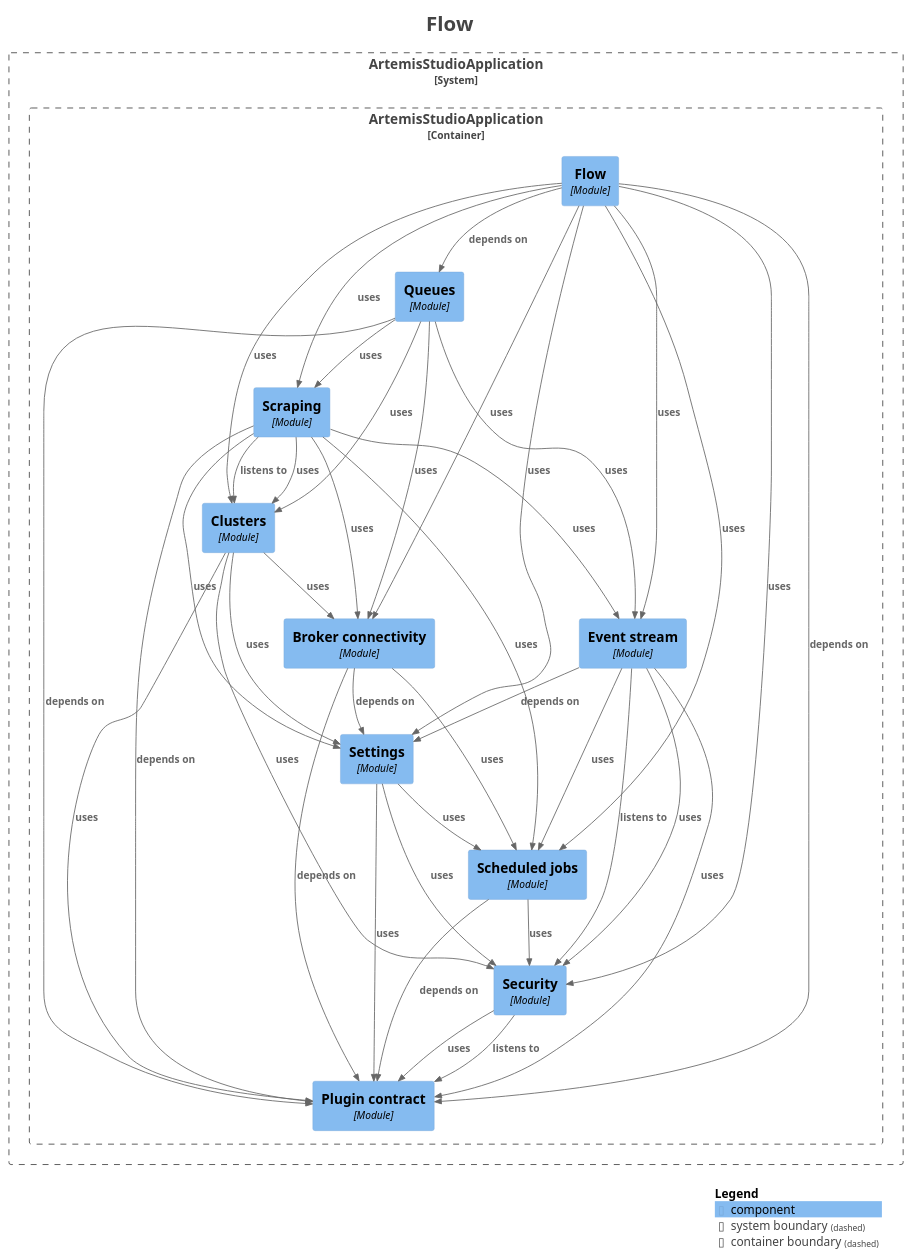
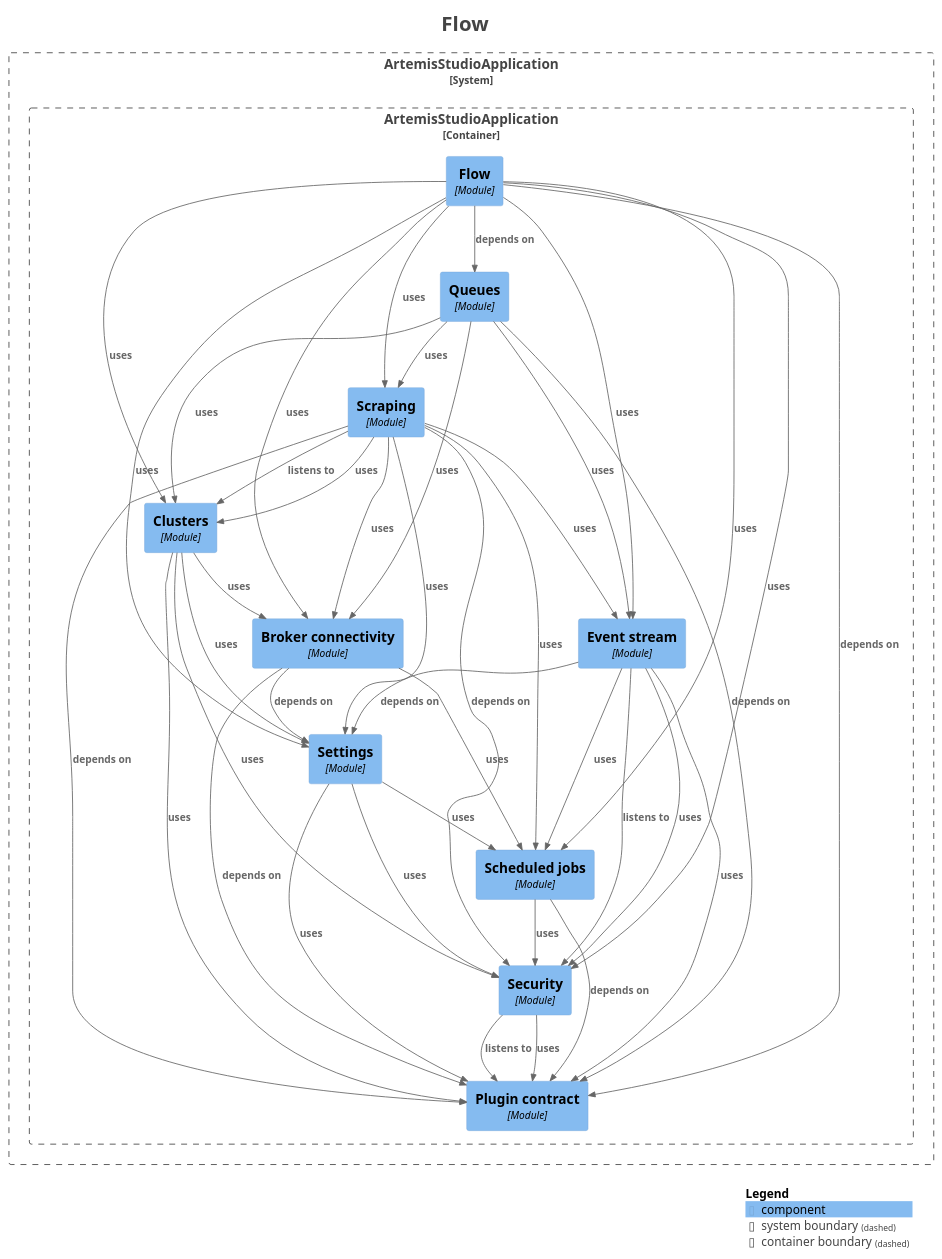
One commit to sudoitir/artemis-studio changed the diagram in docs/modules/module-feature.flow.puml. Above: the diagram before and after it, drawn with PlantUML. The commit also changed 43 other files, not shown here.

```diff
--- a/docs/modules/module-feature.flow.puml
+++ b/docs/modules/module-feature.flow.puml
@@ -1,77 +1,78 @@
 @startuml
 title <size:24>Flow</size>
 
 set separator none
 top to bottom direction
 
 <style>
   root {
     BackgroundColor: #ffffff
     FontColor: #444444
   }
 </style>
 
 !include <C4/C4>
 !include <C4/C4_Context>
 !include <C4/C4_Component>
 
 System_Boundary("ArtemisStudioApplication_boundary", "ArtemisStudioApplication", $tags="") {
   Container_Boundary("ArtemisStudioApplication.ArtemisStudioApplication_boundary", "ArtemisStudioApplication", $tags="") {
     Component(ArtemisStudioApplication.ArtemisStudioApplication.Settings, "Settings", $techn="Module", $descr="", $tags="", $link="")
     Component(ArtemisStudioApplication.ArtemisStudioApplication.Eventstream, "Event stream", $techn="Module", $descr="", $tags="", $link="")
     Component(ArtemisStudioApplication.ArtemisStudioApplication.Brokerconnectivity, "Broker connectivity", $techn="Module", $descr="", $tags="", $link="")
     Component(ArtemisStudioApplication.ArtemisStudioApplication.Clusters, "Clusters", $techn="Module", $descr="", $tags="", $link="")
     Component(ArtemisStudioApplication.ArtemisStudioApplication.Scraping, "Scraping", $techn="Module", $descr="", $tags="", $link="")
     Component(ArtemisStudioApplication.ArtemisStudioApplication.Queues, "Queues", $techn="Module", $descr="", $tags="", $link="")
     Component(ArtemisStudioApplication.ArtemisStudioApplication.Flow, "Flow", $techn="Module", $descr="", $tags="", $link="")
     Component(ArtemisStudioApplication.ArtemisStudioApplication.Plugincontract, "Plugin contract", $techn="Module", $descr="", $tags="", $link="")
     Component(ArtemisStudioApplication.ArtemisStudioApplication.Security, "Security", $techn="Module", $descr="", $tags="", $link="")
     Component(ArtemisStudioApplication.ArtemisStudioApplication.Scheduledjobs, "Scheduled jobs", $techn="Module", $descr="", $tags="", $link="")
   }
 
 }
 
 Rel(ArtemisStudioApplication.ArtemisStudioApplication.Brokerconnectivity, ArtemisStudioApplication.ArtemisStudioApplication.Plugincontract, "depends on", $techn="", $tags="", $link="")
 Rel(ArtemisStudioApplication.ArtemisStudioApplication.Brokerconnectivity, ArtemisStudioApplication.ArtemisStudioApplication.Scheduledjobs, "uses", $techn="", $tags="", $link="")
 Rel(ArtemisStudioApplication.ArtemisStudioApplication.Brokerconnectivity, ArtemisStudioApplication.ArtemisStudioApplication.Settings, "depends on", $techn="", $tags="", $link="")
 Rel(ArtemisStudioApplication.ArtemisStudioApplication.Clusters, ArtemisStudioApplication.ArtemisStudioApplication.Brokerconnectivity, "uses", $techn="", $tags="", $link="")
 Rel(ArtemisStudioApplication.ArtemisStudioApplication.Clusters, ArtemisStudioApplication.ArtemisStudioApplication.Plugincontract, "uses", $techn="", $tags="", $link="")
 Rel(ArtemisStudioApplication.ArtemisStudioApplication.Clusters, ArtemisStudioApplication.ArtemisStudioApplication.Security, "uses", $techn="", $tags="", $link="")
 Rel(ArtemisStudioApplication.ArtemisStudioApplication.Clusters, ArtemisStudioApplication.ArtemisStudioApplication.Settings, "uses", $techn="", $tags="", $link="")
 Rel(ArtemisStudioApplication.ArtemisStudioApplication.Eventstream, ArtemisStudioApplication.ArtemisStudioApplication.Plugincontract, "uses", $techn="", $tags="", $link="")
 Rel(ArtemisStudioApplication.ArtemisStudioApplication.Eventstream, ArtemisStudioApplication.ArtemisStudioApplication.Scheduledjobs, "uses", $techn="", $tags="", $link="")
 Rel(ArtemisStudioApplication.ArtemisStudioApplication.Eventstream, ArtemisStudioApplication.ArtemisStudioApplication.Security, "listens to", $techn="", $tags="", $link="")
 Rel(ArtemisStudioApplication.ArtemisStudioApplication.Eventstream, ArtemisStudioApplication.ArtemisStudioApplication.Security, "uses", $techn="", $tags="", $link="")
 Rel(ArtemisStudioApplication.ArtemisStudioApplication.Eventstream, ArtemisStudioApplication.ArtemisStudioApplication.Settings, "depends on", $techn="", $tags="", $link="")
 Rel(ArtemisStudioApplication.ArtemisStudioApplication.Flow, ArtemisStudioApplication.ArtemisStudioApplication.Brokerconnectivity, "uses", $techn="", $tags="", $link="")
 Rel(ArtemisStudioApplication.ArtemisStudioApplication.Flow, ArtemisStudioApplication.ArtemisStudioApplication.Clusters, "uses", $techn="", $tags="", $link="")
 Rel(ArtemisStudioApplication.ArtemisStudioApplication.Flow, ArtemisStudioApplication.ArtemisStudioApplication.Eventstream, "uses", $techn="", $tags="", $link="")
 Rel(ArtemisStudioApplication.ArtemisStudioApplication.Flow, ArtemisStudioApplication.ArtemisStudioApplication.Plugincontract, "depends on", $techn="", $tags="", $link="")
 Rel(ArtemisStudioApplication.ArtemisStudioApplication.Flow, ArtemisStudioApplication.ArtemisStudioApplication.Queues, "depends on", $techn="", $tags="", $link="")
 Rel(ArtemisStudioApplication.ArtemisStudioApplication.Flow, ArtemisStudioApplication.ArtemisStudioApplication.Scheduledjobs, "uses", $techn="", $tags="", $link="")
 Rel(ArtemisStudioApplication.ArtemisStudioApplication.Flow, ArtemisStudioApplication.ArtemisStudioApplication.Scraping, "uses", $techn="", $tags="", $link="")
 Rel(ArtemisStudioApplication.ArtemisStudioApplication.Flow, ArtemisStudioApplication.ArtemisStudioApplication.Security, "uses", $techn="", $tags="", $link="")
 Rel(ArtemisStudioApplication.ArtemisStudioApplication.Flow, ArtemisStudioApplication.ArtemisStudioApplication.Settings, "uses", $techn="", $tags="", $link="")
 Rel(ArtemisStudioApplication.ArtemisStudioApplication.Queues, ArtemisStudioApplication.ArtemisStudioApplication.Brokerconnectivity, "uses", $techn="", $tags="", $link="")
 Rel(ArtemisStudioApplication.ArtemisStudioApplication.Queues, ArtemisStudioApplication.ArtemisStudioApplication.Clusters, "uses", $techn="", $tags="", $link="")
 Rel(ArtemisStudioApplication.ArtemisStudioApplication.Queues, ArtemisStudioApplication.ArtemisStudioApplication.Eventstream, "uses", $techn="", $tags="", $link="")
 Rel(ArtemisStudioApplication.ArtemisStudioApplication.Queues, ArtemisStudioApplication.ArtemisStudioApplication.Plugincontract, "depends on", $techn="", $tags="", $link="")
 Rel(ArtemisStudioApplication.ArtemisStudioApplication.Queues, ArtemisStudioApplication.ArtemisStudioApplication.Scraping, "uses", $techn="", $tags="", $link="")
 Rel(ArtemisStudioApplication.ArtemisStudioApplication.Scheduledjobs, ArtemisStudioApplication.ArtemisStudioApplication.Plugincontract, "depends on", $techn="", $tags="", $link="")
 Rel(ArtemisStudioApplication.ArtemisStudioApplication.Scheduledjobs, ArtemisStudioApplication.ArtemisStudioApplication.Security, "uses", $techn="", $tags="", $link="")
 Rel(ArtemisStudioApplication.ArtemisStudioApplication.Scraping, ArtemisStudioApplication.ArtemisStudioApplication.Brokerconnectivity, "uses", $techn="", $tags="", $link="")
 Rel(ArtemisStudioApplication.ArtemisStudioApplication.Scraping, ArtemisStudioApplication.ArtemisStudioApplication.Clusters, "listens to", $techn="", $tags="", $link="")
 Rel(ArtemisStudioApplication.ArtemisStudioApplication.Scraping, ArtemisStudioApplication.ArtemisStudioApplication.Clusters, "uses", $techn="", $tags="", $link="")
 Rel(ArtemisStudioApplication.ArtemisStudioApplication.Scraping, ArtemisStudioApplication.ArtemisStudioApplication.Eventstream, "uses", $techn="", $tags="", $link="")
 Rel(ArtemisStudioApplication.ArtemisStudioApplication.Scraping, ArtemisStudioApplication.ArtemisStudioApplication.Plugincontract, "depends on", $techn="", $tags="", $link="")
 Rel(ArtemisStudioApplication.ArtemisStudioApplication.Scraping, ArtemisStudioApplication.ArtemisStudioApplication.Scheduledjobs, "uses", $techn="", $tags="", $link="")
+Rel(ArtemisStudioApplication.ArtemisStudioApplication.Scraping, ArtemisStudioApplication.ArtemisStudioApplication.Security, "depends on", $techn="", $tags="", $link="")
 Rel(ArtemisStudioApplication.ArtemisStudioApplication.Scraping, ArtemisStudioApplication.ArtemisStudioApplication.Settings, "uses", $techn="", $tags="", $link="")
 Rel(ArtemisStudioApplication.ArtemisStudioApplication.Security, ArtemisStudioApplication.ArtemisStudioApplication.Plugincontract, "listens to", $techn="", $tags="", $link="")
 Rel(ArtemisStudioApplication.ArtemisStudioApplication.Security, ArtemisStudioApplication.ArtemisStudioApplication.Plugincontract, "uses", $techn="", $tags="", $link="")
 Rel(ArtemisStudioApplication.ArtemisStudioApplication.Settings, ArtemisStudioApplication.ArtemisStudioApplication.Plugincontract, "uses", $techn="", $tags="", $link="")
 Rel(ArtemisStudioApplication.ArtemisStudioApplication.Settings, ArtemisStudioApplication.ArtemisStudioApplication.Scheduledjobs, "uses", $techn="", $tags="", $link="")
 Rel(ArtemisStudioApplication.ArtemisStudioApplication.Settings, ArtemisStudioApplication.ArtemisStudioApplication.Security, "uses", $techn="", $tags="", $link="")
 
 SHOW_LEGEND(true)
 hide stereotypes
 @enduml
```
